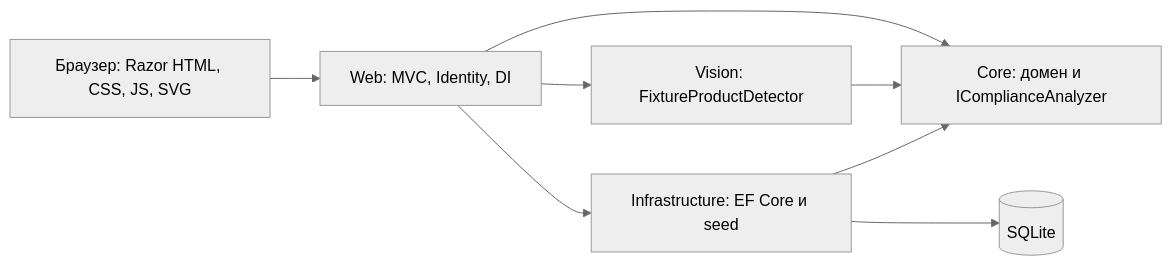
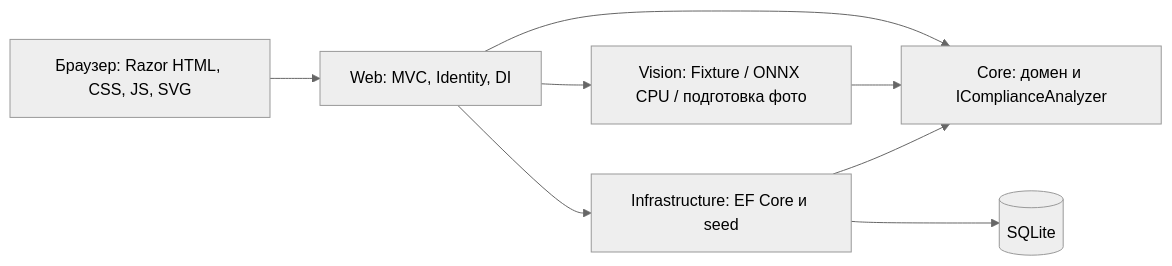
Before and after one commit to BobrovNikita/retail-planogram-audit: the diagram in docs/architecture.md, drawn with Mermaid (neutral theme). The commit also changed other lines of this file and 12 other files, not shown here.

````diff
--- a/docs/architecture.md
+++ b/docs/architecture.md
@@ -9,10 +9,10 @@
 ```mermaid
 flowchart LR
     Browser["Браузер: Razor HTML, CSS, JS, SVG"] --> Web["Web: MVC, Identity, DI"]
     Web --> Core["Core: домен и IComplianceAnalyzer"]
-    Web --> Vision["Vision: FixtureProductDetector"]
+    Web --> Vision["Vision: Fixture / ONNX CPU / подготовка фото"]
     Web --> Infra["Infrastructure: EF Core и seed"]
     Vision --> Core
     Infra --> Core
     Infra --> SQLite[("SQLite")]
 ```
````
